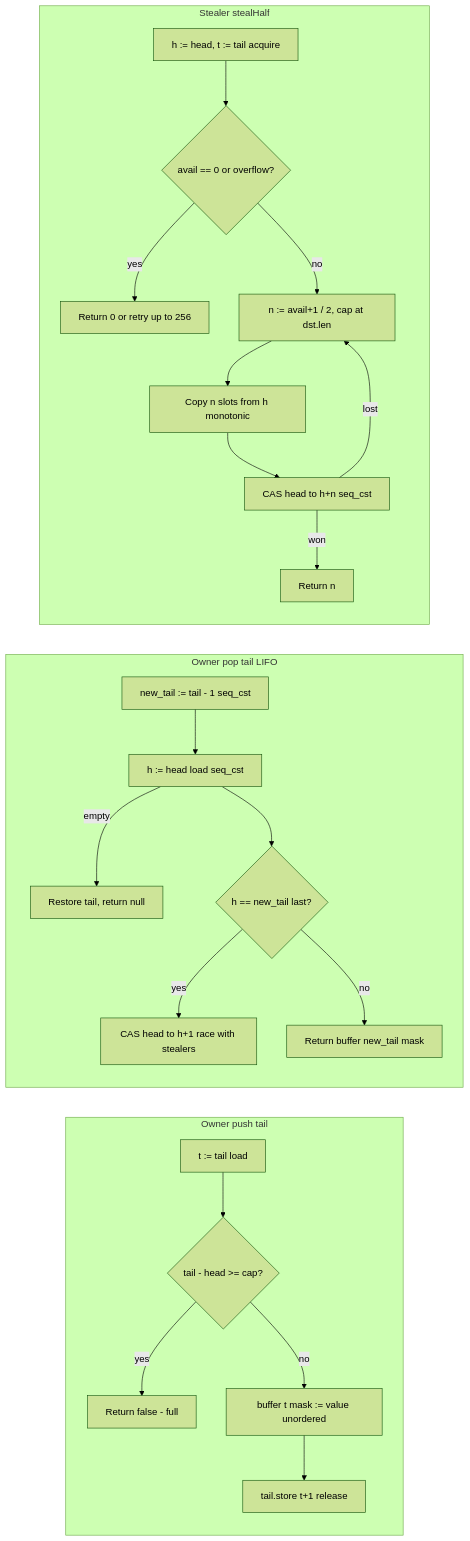
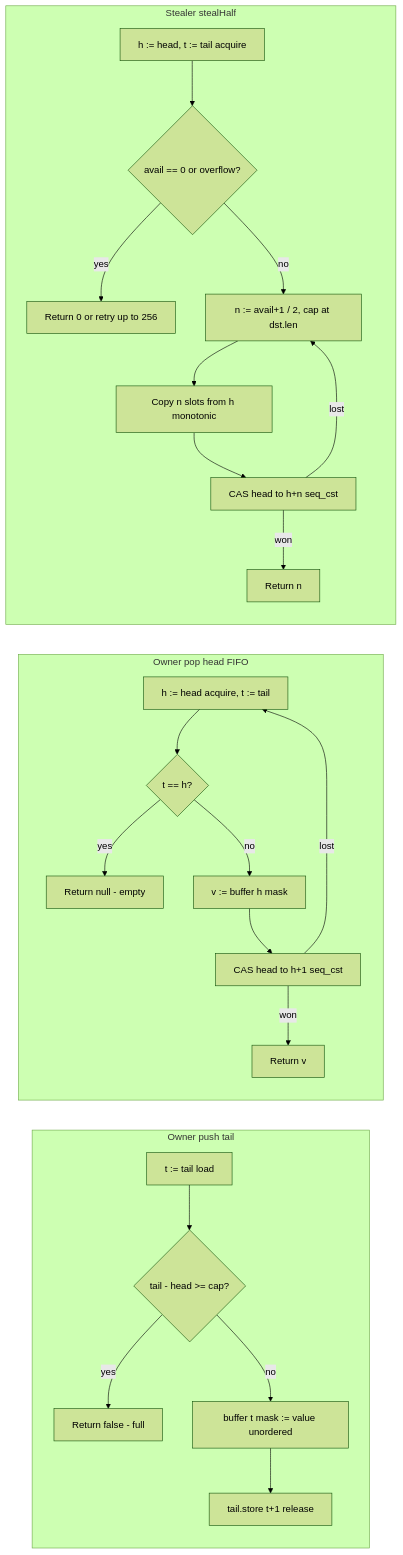
One commit to geodedb/zig-thread-pool changed the fifth of 13 diagrams in docs/ALGORITHMS.md. Above: the diagram before and after it, drawn with Mermaid (forest theme). The commit also changed other lines of this file and 3 other files, not shown here.

First line of the commit message:
fix(queue): FIFO owner pop so batch steals cannot overrun (SONNY-2448)

````diff
--- a/docs/ALGORITHMS.md
+++ b/docs/ALGORITHMS.md
@@ -208,28 +210,29 @@
 ```mermaid
 flowchart LR
     subgraph ownerpush[Owner push tail]
         OP1[t := tail load]
         OP1 --> OP2{tail - head >= cap?}
         OP2 -- yes --> OP3[Return false - full]
         OP2 -- no --> OP4[buffer t mask := value unordered]
         OP4 --> OP5[tail.store t+1 release]
     end
-    subgraph ownerpop[Owner pop tail LIFO]
-        OPP1[new_tail := tail - 1 seq_cst]
-        OPP1 --> OPP2[h := head load seq_cst]
-        OPP2 -- empty --> OPP3[Restore tail, return null]
-        OPP2 --> OPP4{h == new_tail last?}
-        OPP4 -- yes --> OPP5[CAS head to h+1 race with stealers]
-        OPP4 -- no --> OPP6[Return buffer new_tail mask]
+    subgraph ownerpop[Owner pop head FIFO]
+        OPP1[h := head acquire, t := tail]
+        OPP1 --> OPP2{t == h?}
+        OPP2 -- yes --> OPP3[Return null - empty]
+        OPP2 -- no --> OPP4[v := buffer h mask]
+        OPP4 --> OPP5[CAS head to h+1 seq_cst]
+        OPP5 -- lost --> OPP1
+        OPP5 -- won --> OPP6[Return v]
     end
     subgraph stealhalf[Stealer stealHalf]
         S1[h := head, t := tail acquire]
         S1 --> S2{avail == 0 or overflow?}
         S2 -- yes --> S3[Return 0 or retry up to 256]
         S2 -- no --> S4[n := avail+1 / 2, cap at dst.len]
         S4 --> S5[Copy n slots from h monotonic]
         S5 --> S6[CAS head to h+n seq_cst]
         S6 -- lost --> S4
         S6 -- won --> S7[Return n]
     end
 ```
````
